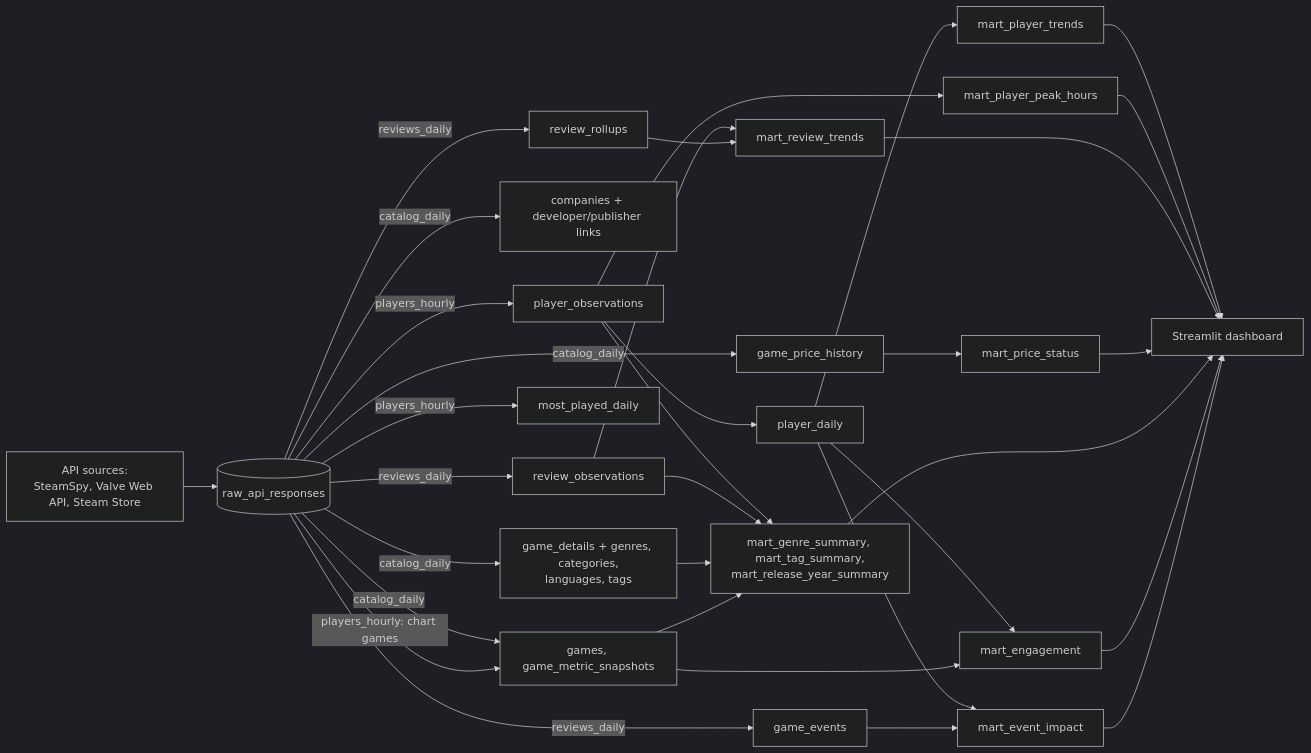
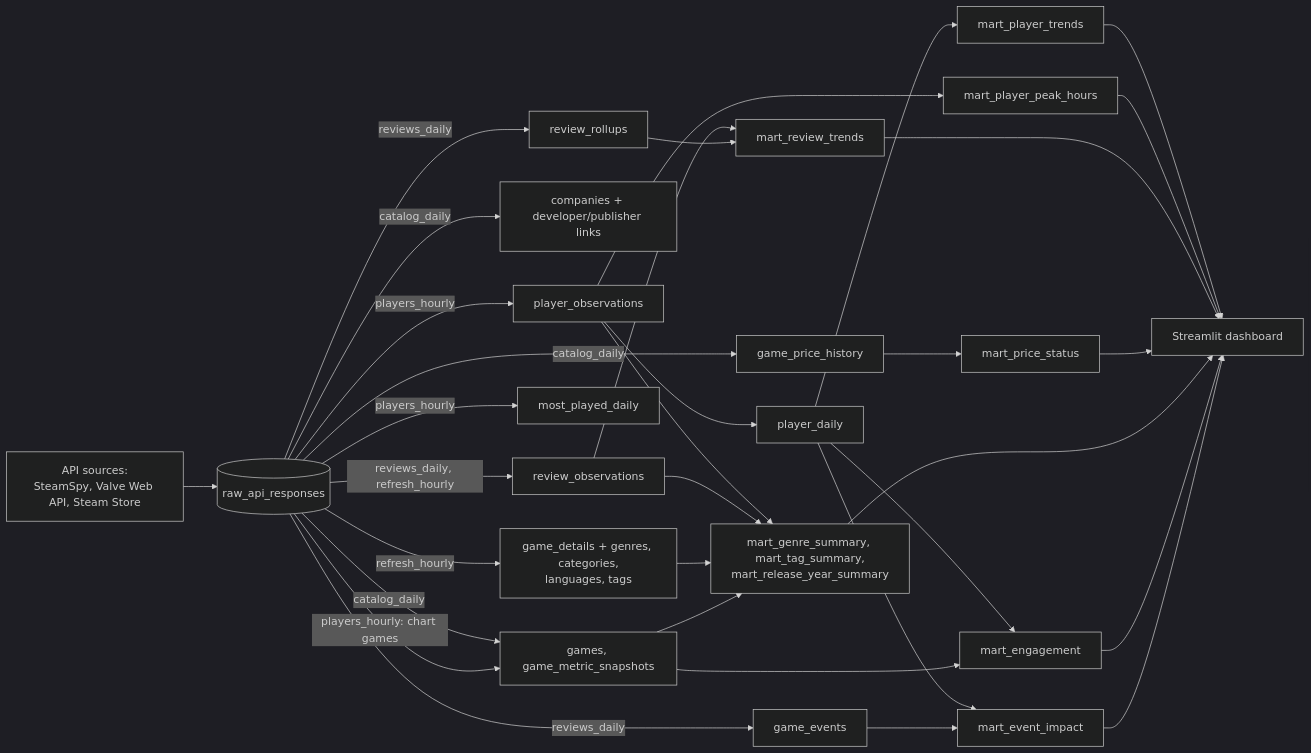
The diagram in docs/lineage.md (infish/steam-data-pipeline), drawn with Mermaid (dark theme) before and after one commit. The commit also changed other lines of this file and 40 other files, not shown here.

First line of the commit message:
5,000-game catalog refreshed in hourly slices (ADR 6)

````diff
--- a/docs/lineage.md
+++ b/docs/lineage.md
@@ -7,60 +7,60 @@
 ```mermaid
 flowchart LR
     sources["API sources:<br>SteamSpy, Valve Web API, Steam Store"]
     raw[("raw_api_responses")]
     sources --> raw
 
     games["games, game_metric_snapshots"]
     companies["companies + developer/publisher links"]
     details["game_details + genres, categories,<br>languages, tags"]
     price_history["game_price_history"]
     player_obs["player_observations"]
     player_daily["player_daily"]
     most_played["most_played_daily"]
     review_obs["review_observations"]
     rollups["review_rollups"]
     events["game_events"]
 
     raw -->|catalog_daily| games
     raw -->|catalog_daily| companies
-    raw -->|catalog_daily| details
+    raw -->|refresh_hourly| details
     raw -->|catalog_daily| price_history
     raw -->|players_hourly| player_obs
     raw -->|players_hourly| most_played
     raw -->|players_hourly: chart games| games
-    raw -->|reviews_daily| review_obs
+    raw -->|reviews_daily, refresh_hourly| review_obs
     raw -->|reviews_daily| rollups
     raw -->|reviews_daily| events
     player_obs --> player_daily
 
     trends["mart_player_trends"]
     peak_hours["mart_player_peak_hours"]
     review_trends["mart_review_trends"]
     price_status["mart_price_status"]
     catalog_marts["mart_genre_summary, mart_tag_summary,<br>mart_release_year_summary"]
     engagement["mart_engagement"]
     impact["mart_event_impact"]
 
     player_daily --> trends
     player_daily --> engagement
     player_daily --> impact
     player_obs --> peak_hours
     player_obs --> catalog_marts
     review_obs --> review_trends
     review_obs --> catalog_marts
     rollups --> review_trends
     price_history --> price_status
     details --> catalog_marts
     games --> catalog_marts
     games --> engagement
     events --> impact
 
     dashboard["Streamlit dashboard"]
     trends --> dashboard
     peak_hours --> dashboard
     review_trends --> dashboard
     price_status --> dashboard
     catalog_marts --> dashboard
     engagement --> dashboard
     impact --> dashboard
 ```
````
